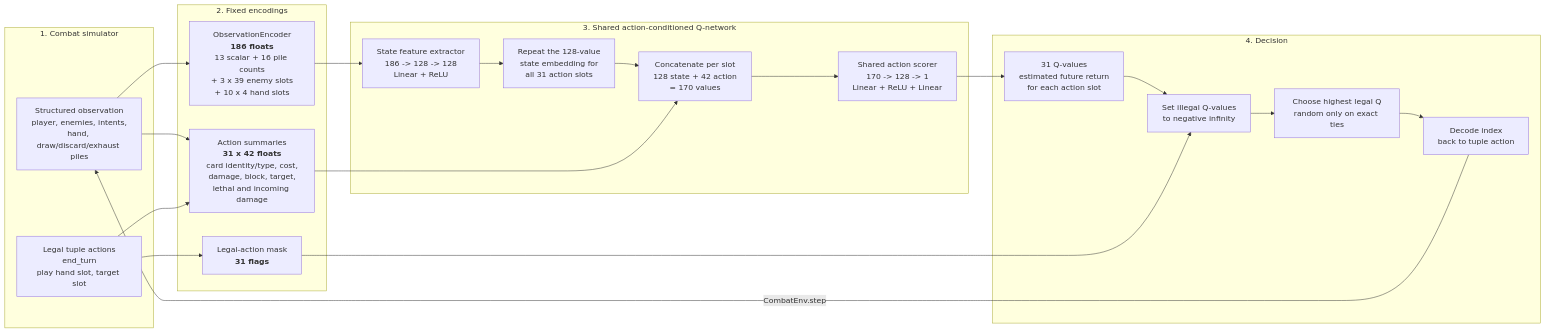
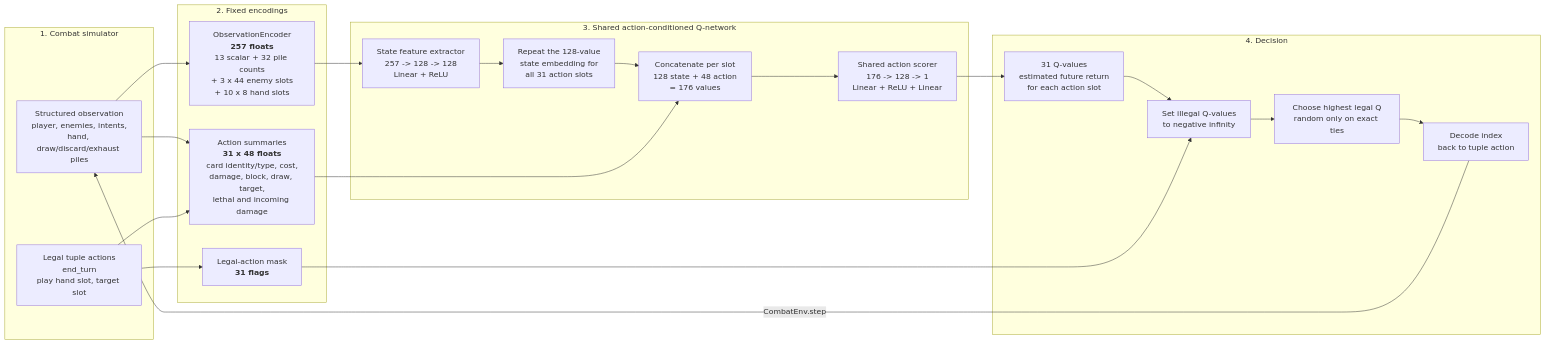
The first of 2 diagrams in docs/AGENT_FLOW.md (RowdeyGoos/StS_agent), drawn with Mermaid before and after one commit. The commit also changed other lines of this file and 6 other files, not shown here.

Commit message:
docs: consolidate benchmark and schema changes

````diff
--- a/docs/AGENT_FLOW.md
+++ b/docs/AGENT_FLOW.md
@@ -7,35 +7,35 @@
 ```mermaid
 flowchart LR
     subgraph SIM["1. Combat simulator"]
         OBS["Structured observation<br/>player, enemies, intents,<br/>hand, draw/discard/exhaust piles"]
         ACTS["Legal tuple actions<br/>end_turn<br/>play hand slot, target slot"]
     end
 
     subgraph ENC["2. Fixed encodings"]
-        STATE["ObservationEncoder<br/><b>186 floats</b><br/>13 scalar + 16 pile counts<br/>+ 3 x 39 enemy slots<br/>+ 10 x 4 hand slots"]
-        AFEAT["Action summaries<br/><b>31 x 42 floats</b><br/>card identity/type, cost,<br/>damage, block, target,<br/>lethal and incoming damage"]
+        STATE["ObservationEncoder<br/><b>257 floats</b><br/>13 scalar + 32 pile counts<br/>+ 3 x 44 enemy slots<br/>+ 10 x 8 hand slots"]
+        AFEAT["Action summaries<br/><b>31 x 48 floats</b><br/>card identity/type, cost,<br/>damage, block, draw, target,<br/>lethal and incoming damage"]
         MASK["Legal-action mask<br/><b>31 flags</b>"]
     end
 
     subgraph NET["3. Shared action-conditioned Q-network"]
-        BODY["State feature extractor<br/>186 -> 128 -> 128<br/>Linear + ReLU"]
+        BODY["State feature extractor<br/>257 -> 128 -> 128<br/>Linear + ReLU"]
         REPEAT["Repeat the 128-value<br/>state embedding for<br/>all 31 action slots"]
-        JOIN["Concatenate per slot<br/>128 state + 42 action<br/>= 170 values"]
-        SCORE["Shared action scorer<br/>170 -> 128 -> 1<br/>Linear + ReLU + Linear"]
+        JOIN["Concatenate per slot<br/>128 state + 48 action<br/>= 176 values"]
+        SCORE["Shared action scorer<br/>176 -> 128 -> 1<br/>Linear + ReLU + Linear"]
     end
 
     subgraph PICK["4. Decision"]
         Q["31 Q-values<br/>estimated future return<br/>for each action slot"]
         LEGAL["Set illegal Q-values<br/>to negative infinity"]
         ARGMAX["Choose highest legal Q<br/>random only on exact ties"]
         DECODE["Decode index<br/>back to tuple action"]
     end
 
     OBS --> STATE --> BODY --> REPEAT --> JOIN
     OBS --> AFEAT --> JOIN
     ACTS --> AFEAT
     ACTS --> MASK
     JOIN --> SCORE --> Q --> LEGAL --> ARGMAX --> DECODE
     MASK --> LEGAL
     DECODE -->|"CombatEnv.step"| OBS
 ```
````
